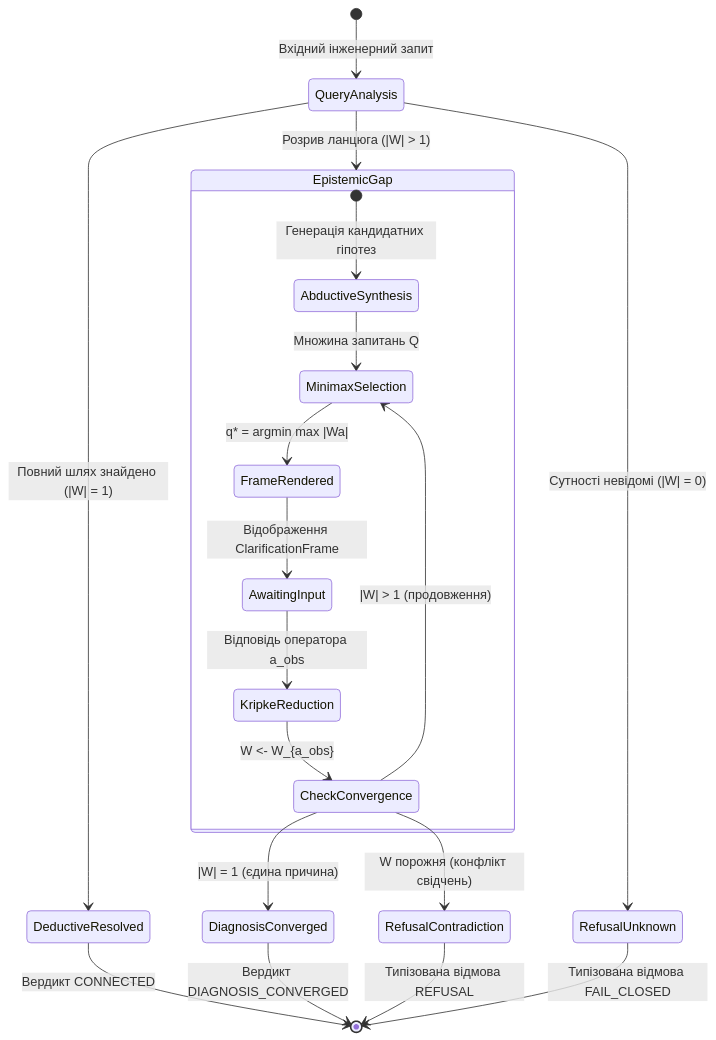
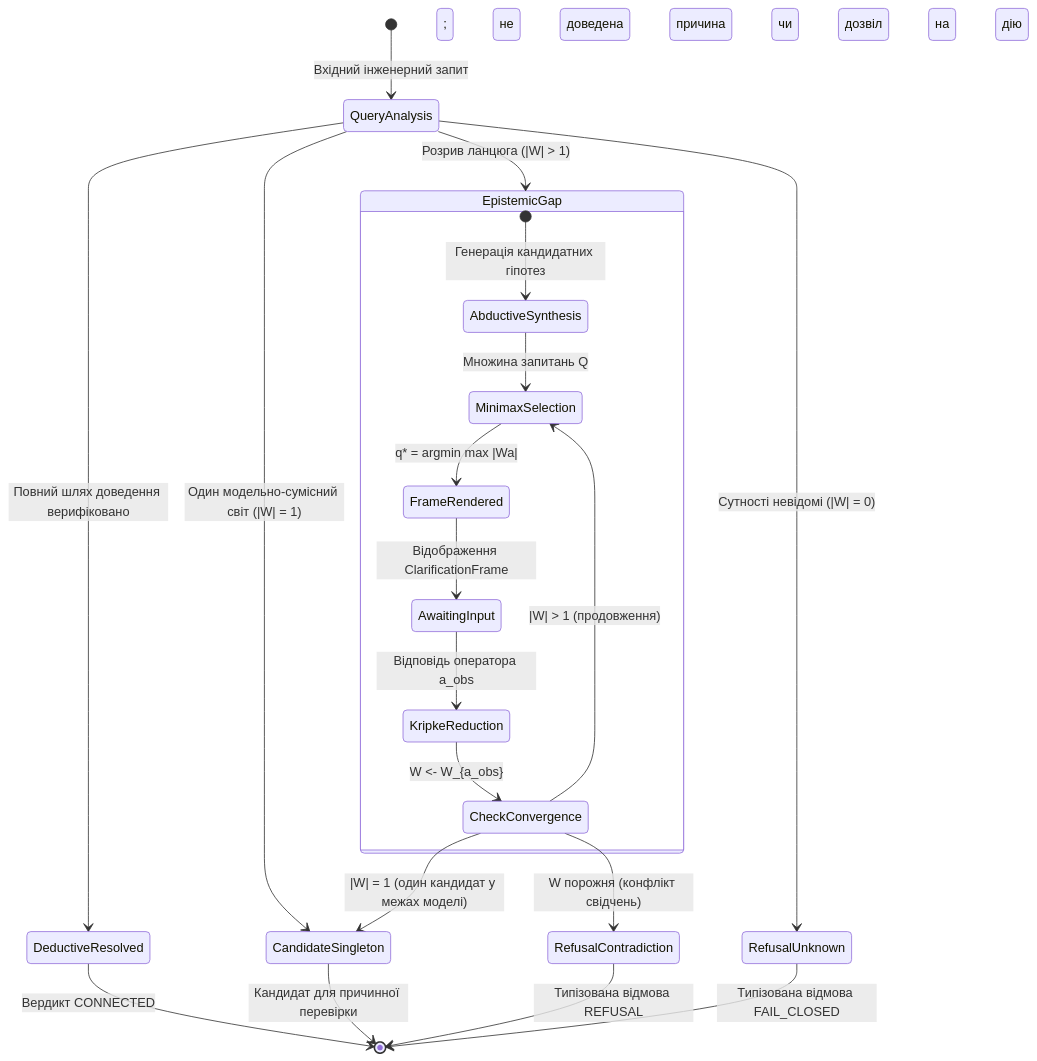
Before and after one commit to nick-fedchik/articles: the sixth of 6 diagrams in ExpertSystem/ch34-deterministic-relational-analysis-abduction-and-socratic-dialogue.md, drawn with Mermaid. The commit also changed other lines of this file and 8 other files, not shown here.

````diff
--- a/ExpertSystem/ch34-deterministic-relational-analysis-abduction-and-socratic-dialogue.md
+++ b/ExpertSystem/ch34-deterministic-relational-analysis-abduction-and-socratic-dialogue.md
@@ -549,28 +549,29 @@
 ```mermaid
 stateDiagram-v2
     accTitle: Автомат епістемічних станів сократівського діалогу з DEL-мінімаксом
-    accDescr: Скінченний автомат переходів від виявлення неповноти знань через мінімаксне стиснення світів Кріпке до фінального сходження або відмови.
+	accDescr: Скінченний автомат переходів від виявлення неповноти знань через мінімаксне стиснення світів Кріпке до верифікованого шляху доведення, одного модельно-сумісного кандидата або типізованої відмови.
 
     [*] --> QueryAnalysis : Вхідний інженерний запит
-    QueryAnalysis --> DeductiveResolved : Повний шлях знайдено (|W| = 1)
+	QueryAnalysis --> DeductiveResolved : Повний шлях доведення верифіковано
+	QueryAnalysis --> CandidateSingleton : Один модельно-сумісний світ (|W| = 1)
     QueryAnalysis --> EpistemicGap : Розрив ланцюга (|W| > 1)
     QueryAnalysis --> RefusalUnknown : Сутності невідомі (|W| = 0)
 
     state EpistemicGap {
         [*] --> AbductiveSynthesis : Генерація кандидатних гіпотез
         AbductiveSynthesis --> MinimaxSelection : Множина запитань Q
         MinimaxSelection --> FrameRendered : q* = argmin max |Wa|
         FrameRendered --> AwaitingInput : Відображення ClarificationFrame
         AwaitingInput --> KripkeReduction : Відповідь оператора a_obs
         KripkeReduction --> CheckConvergence : W <- W_{a_obs}
         CheckConvergence --> MinimaxSelection : |W| > 1 (продовження)
     }
 
-    CheckConvergence --> DiagnosisConverged : |W| = 1 (єдина причина)
+	CheckConvergence --> CandidateSingleton : |W| = 1 (один кандидат у межах моделі)
     CheckConvergence --> RefusalContradiction : W порожня (конфлікт свідчень)
 
     DeductiveResolved --> [*] : Вердикт CONNECTED
-    DiagnosisConverged --> [*] : Вердикт DIAGNOSIS_CONVERGED
+	CandidateSingleton --> [*] : Кандидат для причинної перевірки; не доведена причина чи дозвіл на дію
     RefusalContradiction --> [*] : Типізована відмова REFUSAL
     RefusalUnknown --> [*] : Типізована відмова FAIL_CLOSED
 ```
````
